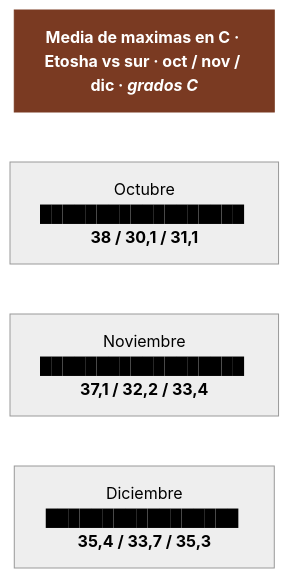
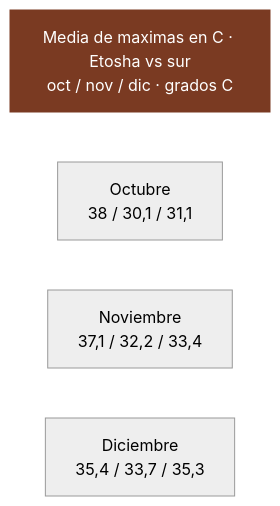
The first of 6 diagrams in 15-huecos-cerrados.md (morandeirachema/namibia), drawn with Mermaid (neutral theme) before and after one commit. The commit also changed other lines of this file and 14 other files, not shown here.

Commit message:
Arreglar el renderizado de los diagramas en GitHub: fuera emojis, negritas y barras ASCII de dentro de los nodos, que descuadraban la medida y recortaban el texto

````diff
--- a/15-huecos-cerrados.md
+++ b/15-huecos-cerrados.md
@@ -60,11 +60,11 @@
 ```mermaid
 flowchart TD
-    T["<b>Media de maximas en C · Etosha vs sur · oct / nov / dic · <i>grados C</i></b>"]
-    n0["Octubre<br/>██████████████████ <b>38 / 30,1 / 31,1</b>"]
-    n1["Noviembre<br/>██████████████████ <b>37,1 / 32,2 / 33,4</b>"]
-    n2["Diciembre<br/>█████████████████ <b>35,4 / 33,7 / 35,3</b>"]
+    T["Media de maximas en C · Etosha vs sur<br/>oct / nov / dic · grados C"]
+    n0["Octubre<br/>38 / 30,1 / 31,1"]
+    n1["Noviembre<br/>37,1 / 32,2 / 33,4"]
+    n2["Diciembre<br/>35,4 / 33,7 / 35,3"]
     T ~~~ n0
     n0 ~~~ n1
     n1 ~~~ n2
     style T fill:#7a3a22,color:#fff,stroke:#7a3a22
 ```
````
